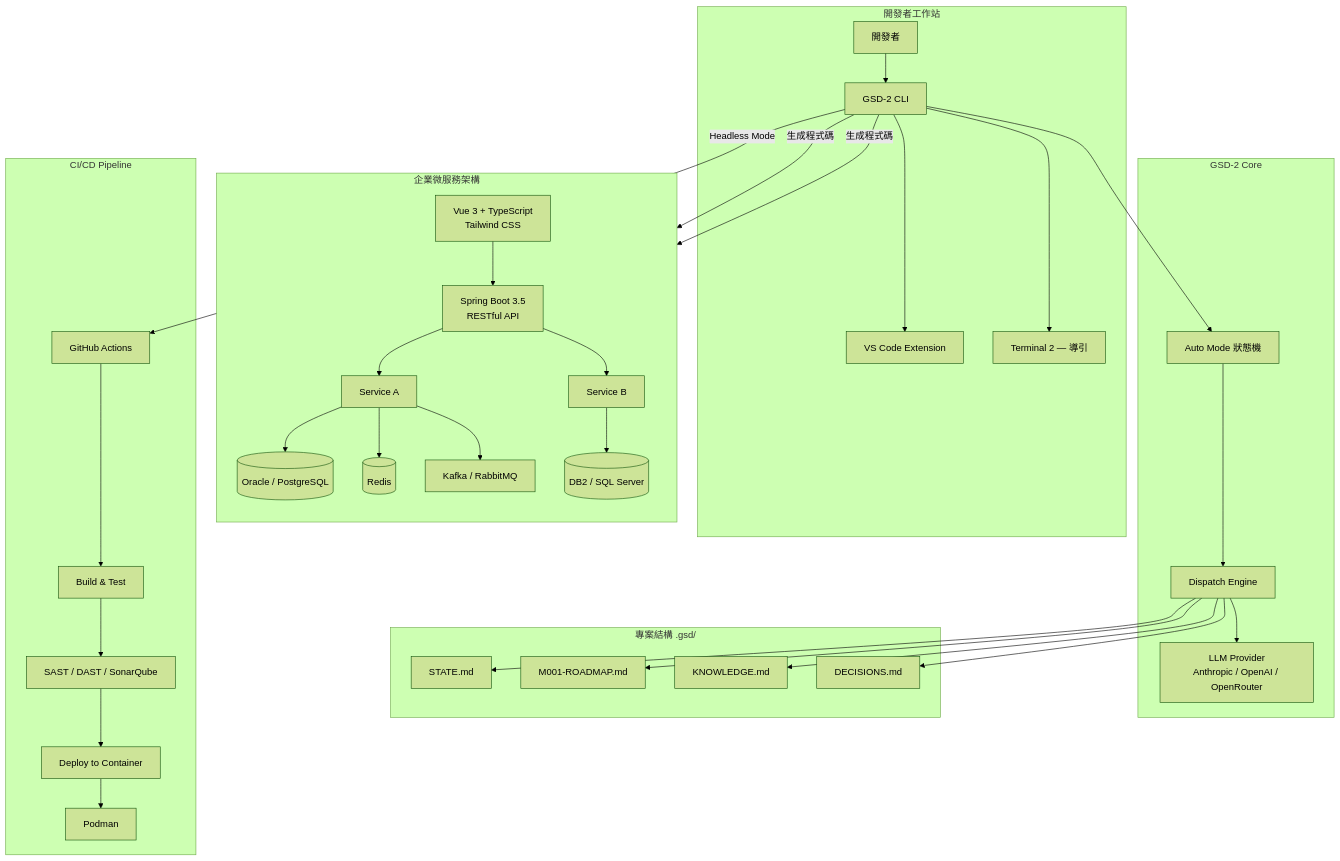
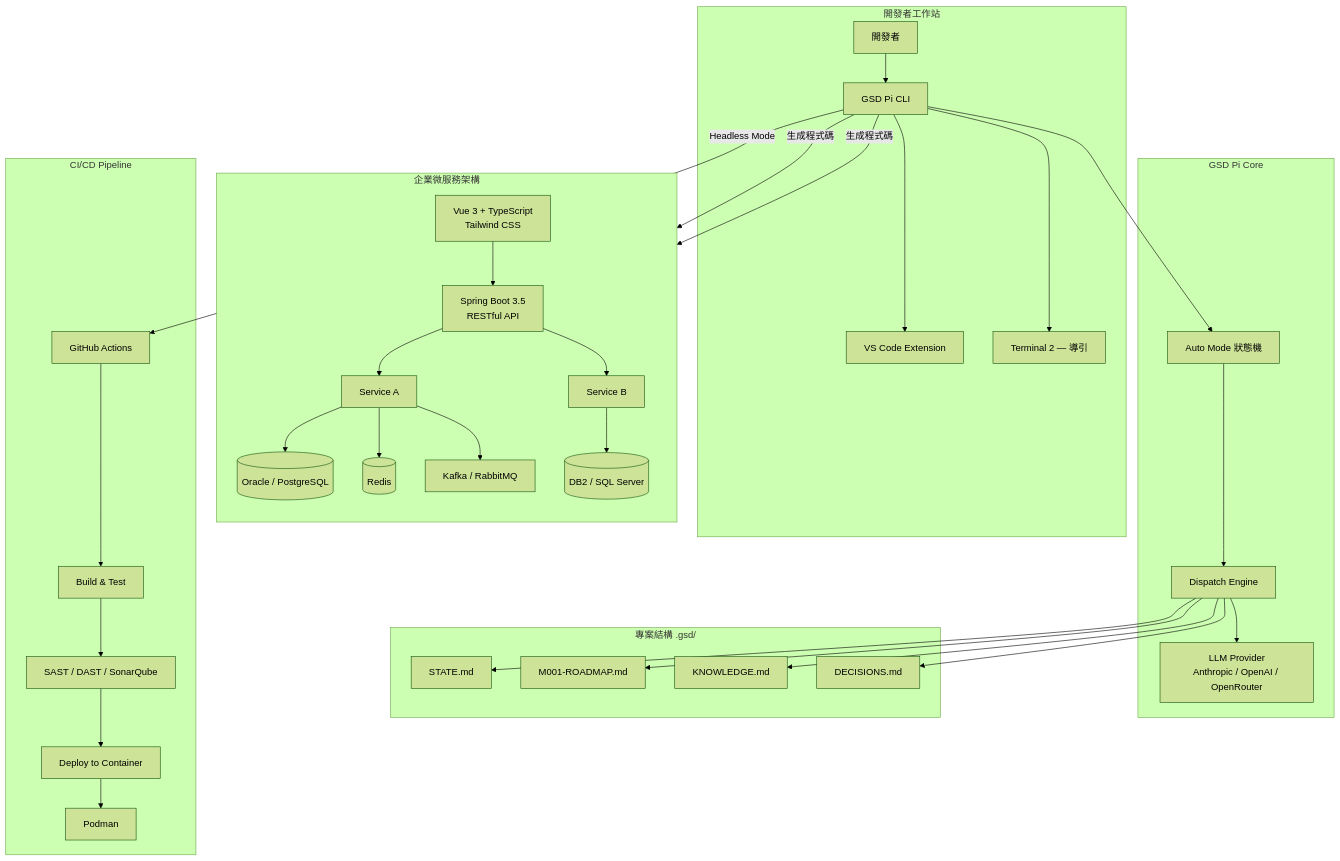
The fourth of 16 diagrams in content/posts/教學/AI開發/GSD-2教學手冊.md (chihhung/Blog), drawn with Mermaid (forest theme) before and after one commit. The commit also changed other lines of this file and 12 other files, not shown here.

````diff
--- a/content/posts/教學/AI開發/GSD-2教學手冊.md
+++ b/content/posts/教學/AI開發/GSD-2教學手冊.md
@@ -400,43 +478,43 @@
 ```mermaid
 graph TB
     subgraph "開發者工作站"
-        DEV[開發者] --> GSD[GSD-2 CLI]
+        DEV[開發者] --> GSD[GSD Pi CLI]
         GSD --> VSCODE[VS Code Extension]
         GSD --> TERM2[Terminal 2 — 導引]
     end
 
-    subgraph "GSD-2 Core"
+    subgraph "GSD Pi Core"
         GSD --> AUTO[Auto Mode 狀態機]
         AUTO --> DISPATCH[Dispatch Engine]
         DISPATCH --> LLM[LLM Provider<br/>Anthropic / OpenAI / OpenRouter]
     end
 
     subgraph "專案結構 .gsd/"
         DISPATCH --> STATE[STATE.md]
         DISPATCH --> ROADMAP[M001-ROADMAP.md]
         DISPATCH --> KNOWLEDGE[KNOWLEDGE.md]
         DISPATCH --> DECISIONS[DECISIONS.md]
     end
 
     subgraph "企業微服務架構"
         direction TB
         FE[Vue 3 + TypeScript<br/>Tailwind CSS] --> API[Spring Boot 3.5<br/>RESTful API]
         API --> SVC1[Service A]
         API --> SVC2[Service B]
         SVC1 --> DB1[(Oracle / PostgreSQL)]
         SVC2 --> DB2[(DB2 / SQL Server)]
         SVC1 --> CACHE[(Redis)]
         SVC1 --> MQ[Kafka / RabbitMQ]
     end
 
     subgraph "CI/CD Pipeline"
         GH_ACTIONS[GitHub Actions] --> BUILD[Build & Test]
         BUILD --> SCAN[SAST / DAST / SonarQube]
         SCAN --> DEPLOY[Deploy to Container]
         DEPLOY --> PODMAN[Podman]
     end
 
     GSD -->|生成程式碼| FE
     GSD -->|生成程式碼| API
     GSD -->|Headless Mode| GH_ACTIONS
 ```
````
